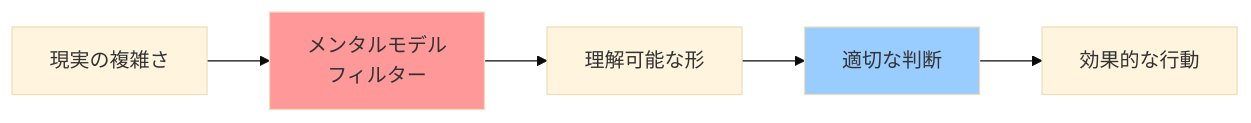
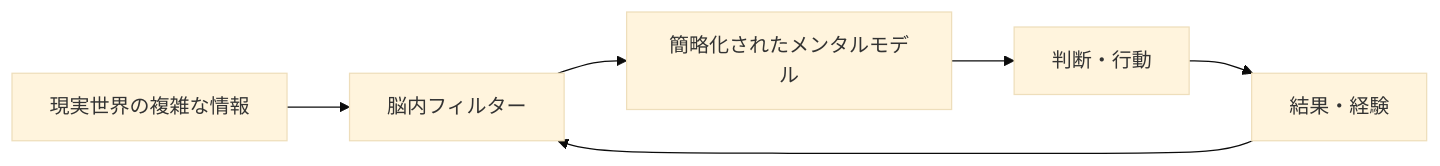
Before and after one commit to SparklingDetergent/doc_genai_mental_model: the first of 13 diagrams in README.md, drawn with Mermaid (base theme). The commit also changed other lines of this file, not shown here.

````diff
--- a/README.md
+++ b/README.md
@@ -39,10 +25,12 @@
 ```mermaid
-flowchart LR
-    A[現実の複雑さ] --> B[メンタルモデル<br/>フィルター]
-    B --> C[理解可能な形]
-    C --> D[適切な判断]
-    D --> E[効果的な行動]
+graph LR
+    A[現実世界の複雑な情報] --> B[脳内フィルター] 
+    B --> C[簡略化されたメンタルモデル]
+    C --> D[判断・行動]
+    D --> E[結果・経験]
+    E --> B
     
-    style B fill:#ff9999
-    style D fill:#99ccff
+    click A "#現実認識の仕組み" "現実認識について詳しく"
+    click C "#メンタルモデルの構造" "メンタルモデルの詳細"
+    click D "#意思決定プロセス" "意思決定について"
 ```
````
